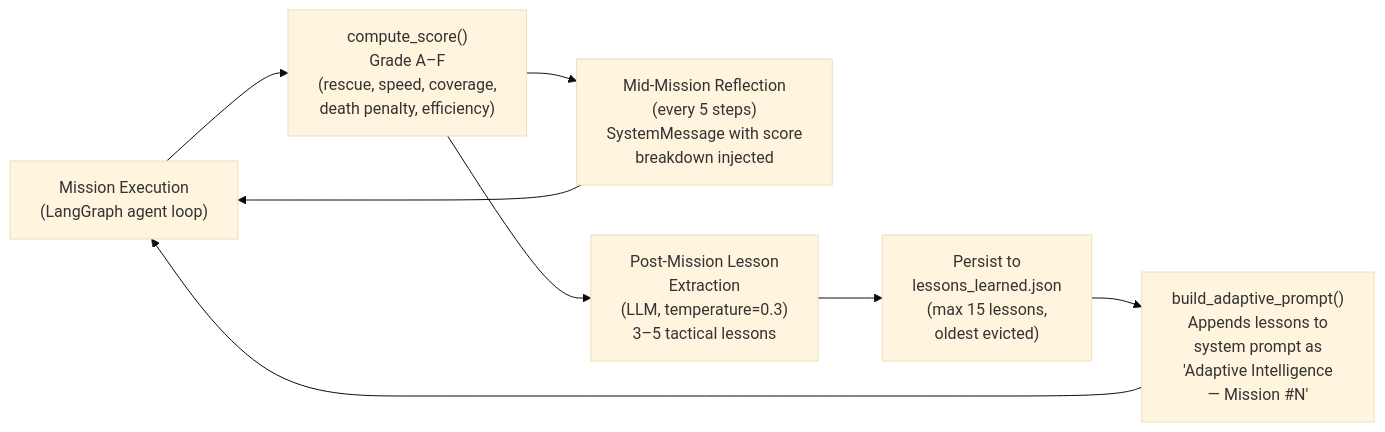
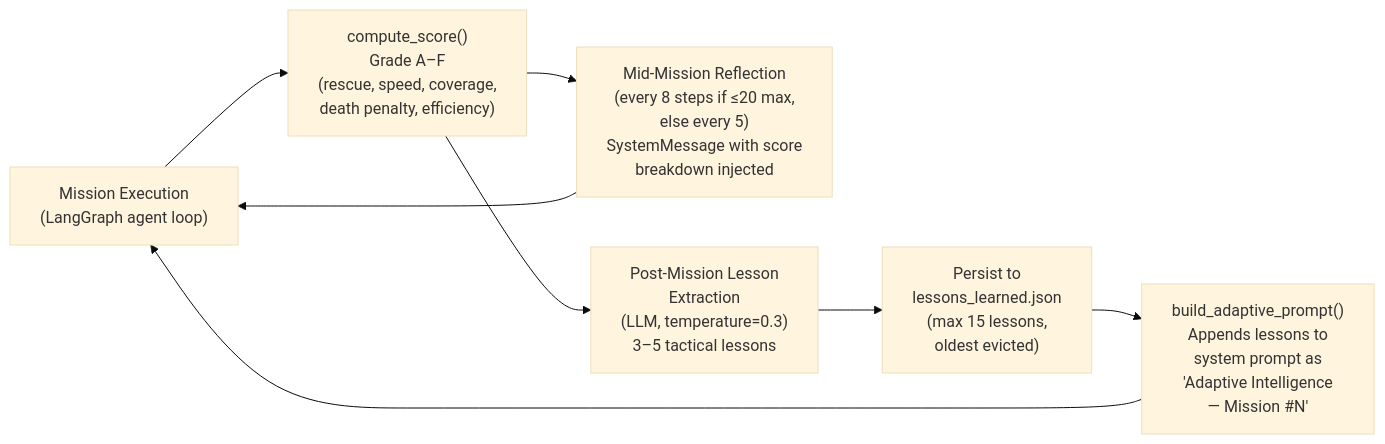
The ninth of 11 diagrams in architecture.md (Andersonnn7788/drone-agents), drawn with Mermaid (base theme) before and after one commit. The commit also changed other lines of this file and 20 other files, not shown here.

Commit message:
fix all the bugs and update readme and architecture

````diff
--- a/architecture.md
+++ b/architecture.md
@@ -368,10 +373,10 @@
 ```mermaid
 flowchart LR
     EXEC["Mission Execution<br>(LangGraph agent loop)"] --> SCORE["compute_score()<br>Grade A–F<br>(rescue, speed, coverage,<br>death penalty, efficiency)"]
-    SCORE --> REFLECT["Mid-Mission Reflection<br>(every 5 steps)<br>SystemMessage with score<br>breakdown injected"]
+    SCORE --> REFLECT["Mid-Mission Reflection<br>(every 8 steps if ≤20 max,<br>else every 5)<br>SystemMessage with score<br>breakdown injected"]
     REFLECT --> EXEC
     SCORE --> LESSONS["Post-Mission Lesson<br>Extraction<br>(LLM, temperature=0.3)<br>3–5 tactical lessons"]
     LESSONS --> PERSIST["Persist to<br>lessons_learned.json<br>(max 15 lessons,<br>oldest evicted)"]
     PERSIST --> PROMPT["build_adaptive_prompt()<br>Appends lessons to<br>system prompt as<br>'Adaptive Intelligence<br>— Mission #N'"]
     PROMPT --> EXEC
 ```
````
